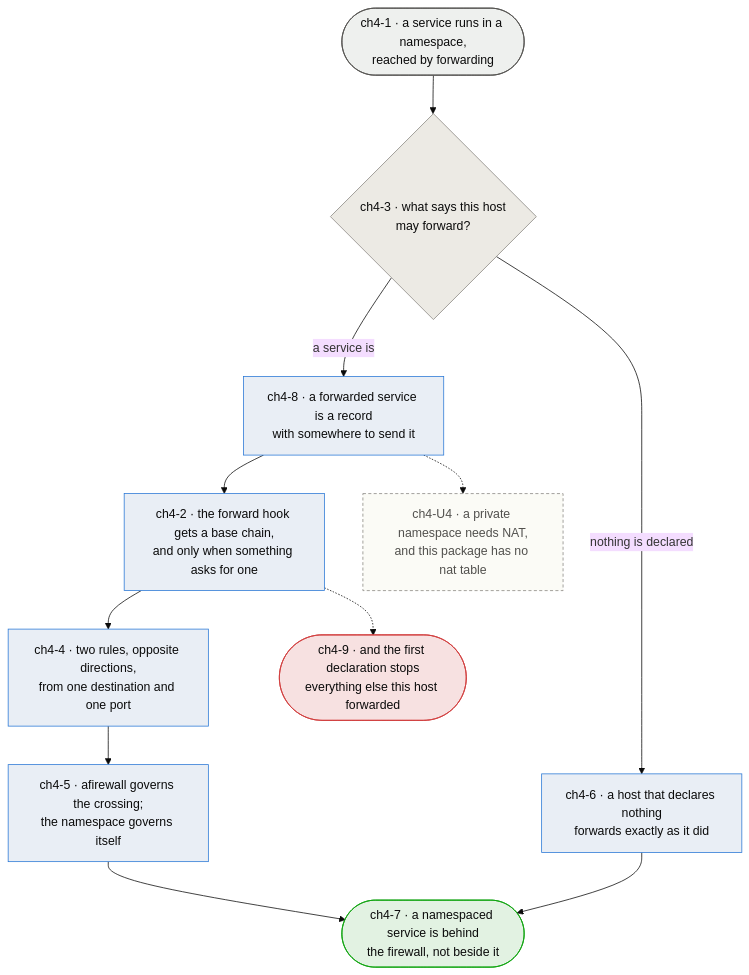
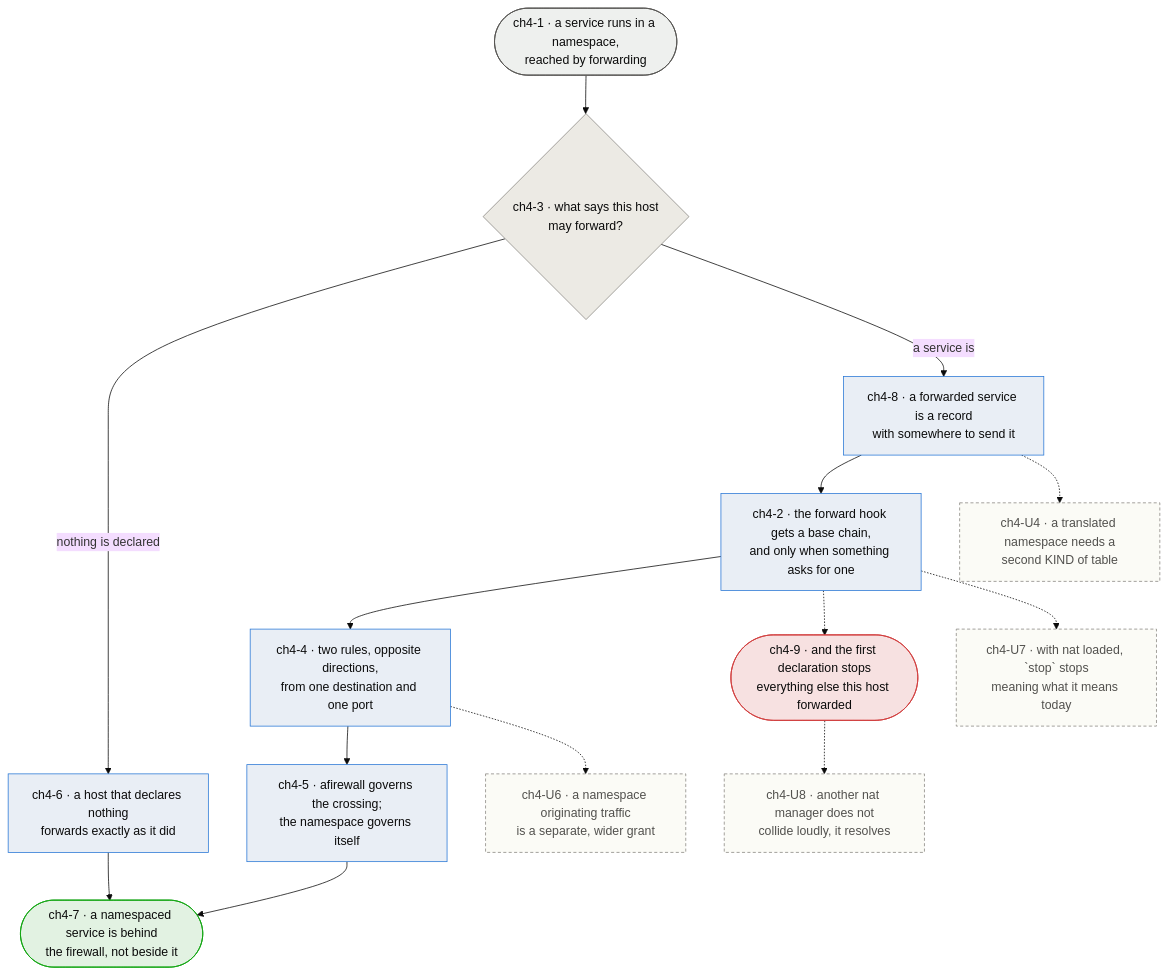
Before and after one commit to flattop5377/afirewall: the diagram in spec/diagrams/chapter-04-namespaces.md, drawn with Mermaid (base theme). The commit also changed other lines of this file, not shown here.

````diff
--- a/spec/diagrams/chapter-04-namespaces.md
+++ b/spec/diagrams/chapter-04-namespaces.md
@@ -48,31 +66,37 @@
 ```mermaid
 flowchart TD
     NS([ch4-1 · a service runs in a namespace,<br/>reached by forwarding]):::input
     HOOK[ch4-2 · the forward hook gets a base chain,<br/>and only when something asks for one]:::process
     OPTIN{ch4-3 · what says this host<br/>may forward?}:::decision
     DECL[ch4-8 · a forwarded service is a record<br/>with somewhere to send it]:::process
     PAIR[ch4-4 · two rules, opposite directions,<br/>from one destination and one port]:::process
     OWN[ch4-5 · afirewall governs the crossing;<br/>the namespace governs itself]:::process
     BREAK[ch4-6 · a host that declares nothing<br/>forwards exactly as it did]:::process
     CLIFF([ch4-9 · and the first declaration stops<br/>everything else this host forwarded]):::bad
     OUT([ch4-7 · a namespaced service is behind<br/>the firewall, not beside it]):::output
-    U4[ch4-U4 · a private namespace needs NAT,<br/>and this package has no nat table]:::unknown
+    U4[ch4-U4 · a translated namespace needs a<br/>second KIND of table]:::unknown
+    U6[ch4-U6 · a namespace originating traffic<br/>is a separate, wider grant]:::unknown
+    U7[ch4-U7 · with nat loaded, `stop` stops<br/>meaning what it means today]:::unknown
+    U8[ch4-U8 · another nat manager does not<br/>collide loudly, it resolves]:::unknown
 
     NS --> OPTIN
     OPTIN -->|nothing is declared| BREAK
     OPTIN -->|a service is| DECL
     DECL --> HOOK
     HOOK --> PAIR
     PAIR --> OWN
     OWN --> OUT
     BREAK --> OUT
     HOOK -.-> CLIFF
     DECL -.-> U4
+    PAIR -.-> U6
+    HOOK -.-> U7
+    CLIFF -.-> U8
 
     classDef input fill:#eef0ee,stroke:#52514e,color:#0b0b0b;
     classDef process fill:#e9eef5,stroke:#2a78d6,color:#0b0b0b;
     classDef decision fill:#eceae4,stroke:#898781,color:#0b0b0b;
     classDef output fill:#e2f2e2,stroke:#0ca30c,color:#0b0b0b;
     classDef bad fill:#f7e1e1,stroke:#d03b3b,color:#0b0b0b;
     classDef unknown fill:#fbfbf6,stroke:#898781,color:#52514e,stroke-dasharray:4 3;
 ```
````
